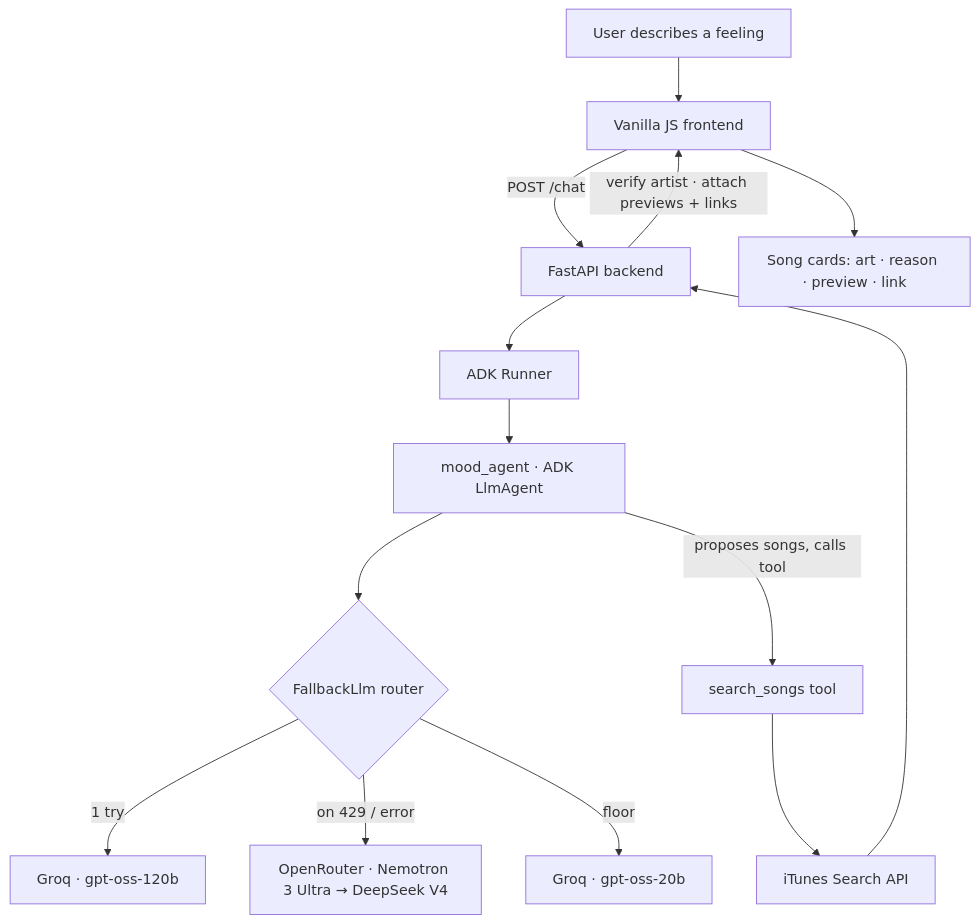
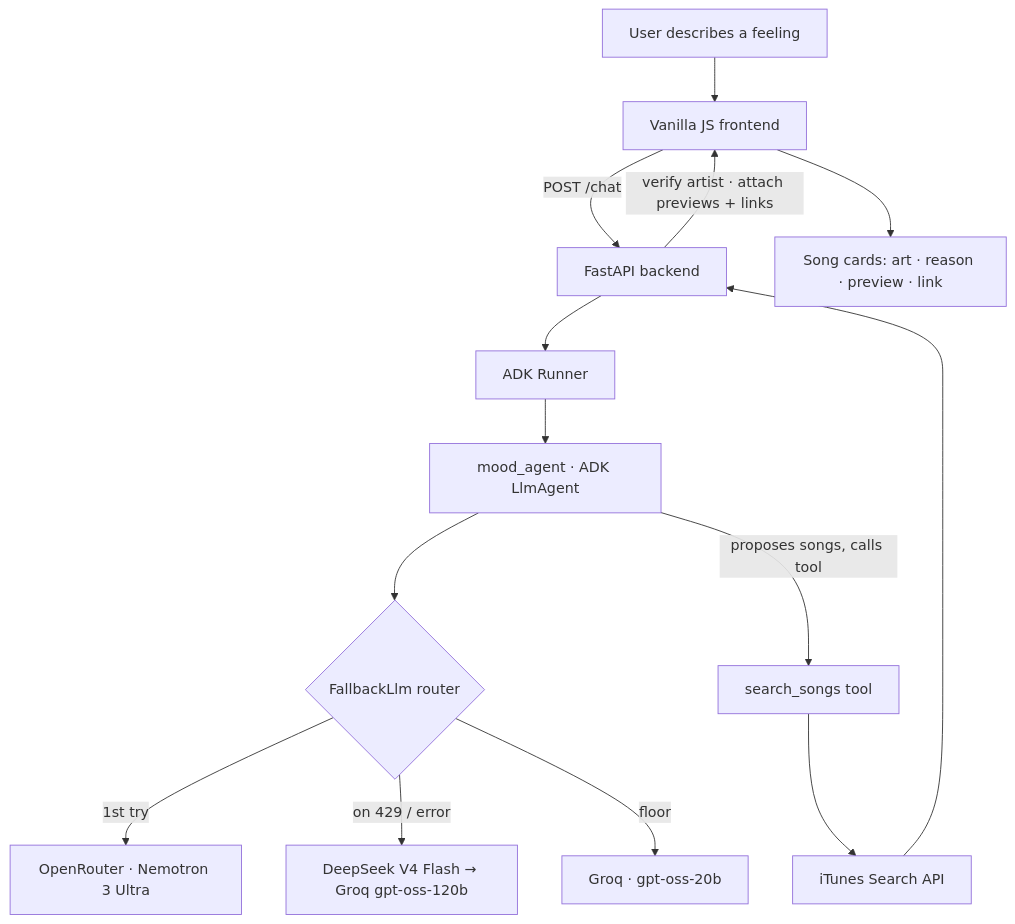
The diagram in README.md (RitulVashistha-IITD/music-mood-agent), drawn with Mermaid before and after one commit. The commit also changed other lines of this file, not shown here.

````diff
--- a/README.md
+++ b/README.md
@@ -37,16 +37,16 @@
 ```mermaid
 flowchart TD
     U[User describes a feeling] --> F[Vanilla JS frontend]
     F -->|POST /chat| B[FastAPI backend]
     B --> R[ADK Runner]
     R --> A[mood_agent · ADK LlmAgent]
     A --> M{FallbackLlm router}
-    M -->|1 try| G1[Groq · gpt-oss-120b]
-    M -->|on 429 / error| OR[OpenRouter · Nemotron 3 Ultra → DeepSeek V4]
-    M -->|floor| G2[Groq · gpt-oss-20b]
+    M -->|1st try| N[OpenRouter · Nemotron 3 Ultra]
+    M -->|on 429 / error| D[DeepSeek V4 Flash → Groq gpt-oss-120b]
+    M -->|floor| G[Groq · gpt-oss-20b]
     A -->|proposes songs, calls tool| T[search_songs tool]
     T --> I[iTunes Search API]
     I --> B
     B -->|verify artist · attach previews + links| F
     F --> C[Song cards: art · reason · preview · link]
 ```
````
